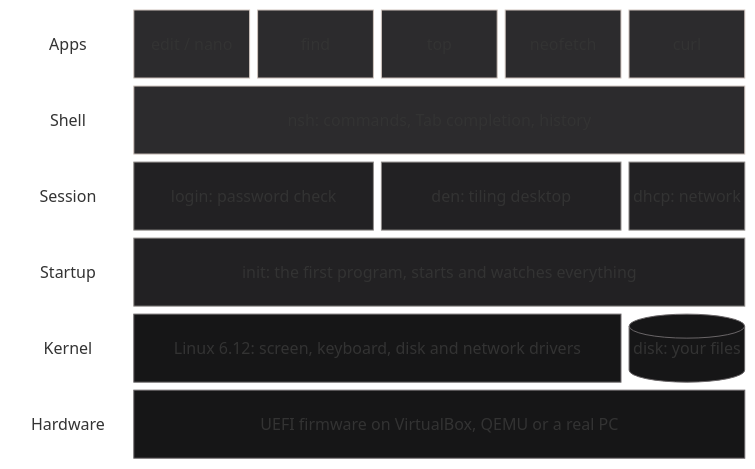
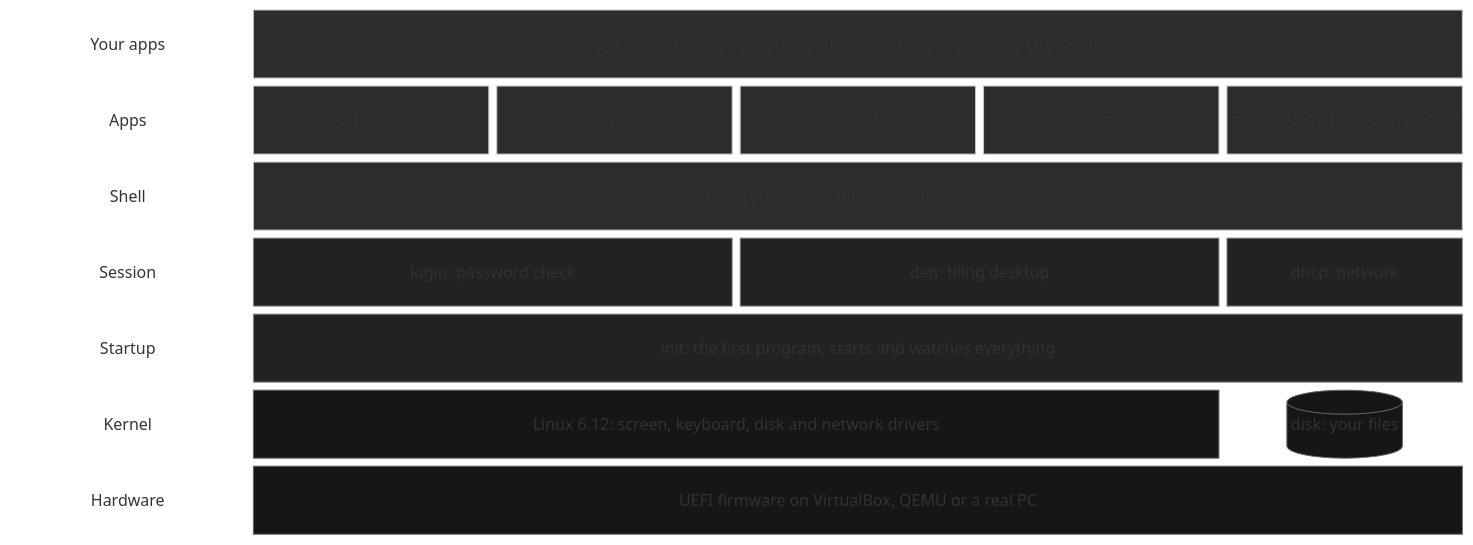
One commit to Adhishtanaka/thir changed the diagram in README.md. Above: the diagram before and after it, drawn with Mermaid. The commit also changed other lines of this file, not shown here.

Commit message:
README: agent in the app list and the architecture diagram

````diff
--- a/README.md
+++ b/README.md
@@ -30,19 +27,20 @@
 ```mermaid
 block-beta
   columns 6
-  l1["Apps"] edit["edit / nano"] find["find"] top["top"] fetch["neofetch"] net["curl"]
+  l0["Your apps"] built["apps agent wrote for you: weather, calc, todo … each in a Lua sandbox"]:5
+  l1["Apps"] edit["edit / nano"] find["find"] top["top / neofetch"] net["curl"] agent["agent: AI chat and app builder"]
   l2["Shell"] shell["nsh: commands, Tab completion, history"]:5
   l3["Session"] login["login: password check"]:2 den["den: tiling desktop"]:2 dhcp["dhcp: network"]
   l4["Startup"] init["init: the first program, starts and watches everything"]:5
   l5["Kernel"] kernel["Linux 6.12: screen, keyboard, disk and network drivers"]:4 disk[("disk: your files")]
   l6["Hardware"] hw["UEFI firmware on VirtualBox, QEMU or a real PC"]:5
 
   classDef label fill:transparent,stroke:transparent,color:#8f8b89
   classDef user fill:#2c2b2d,stroke:#cfc4be,color:#e3dfdc
   classDef sys fill:#222123,stroke:#8f8b89,color:#e3dfdc
   classDef core fill:#161617,stroke:#6a6668,color:#e3dfdc
-  class l1,l2,l3,l4,l5,l6 label
-  class edit,find,top,fetch,net,shell user
+  class l0,l1,l2,l3,l4,l5,l6 label
+  class edit,find,top,net,agent,shell,built user
   class login,den,dhcp,init sys
   class kernel,hw,disk core
 ```
````
